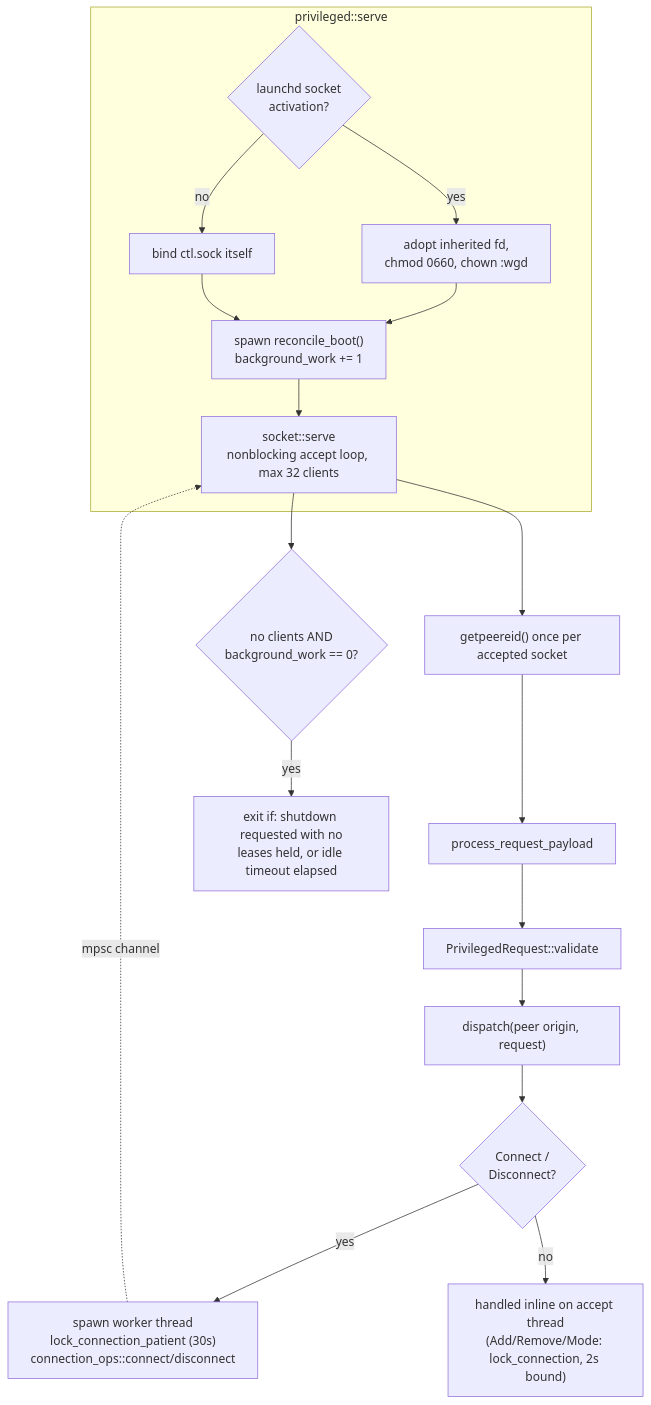
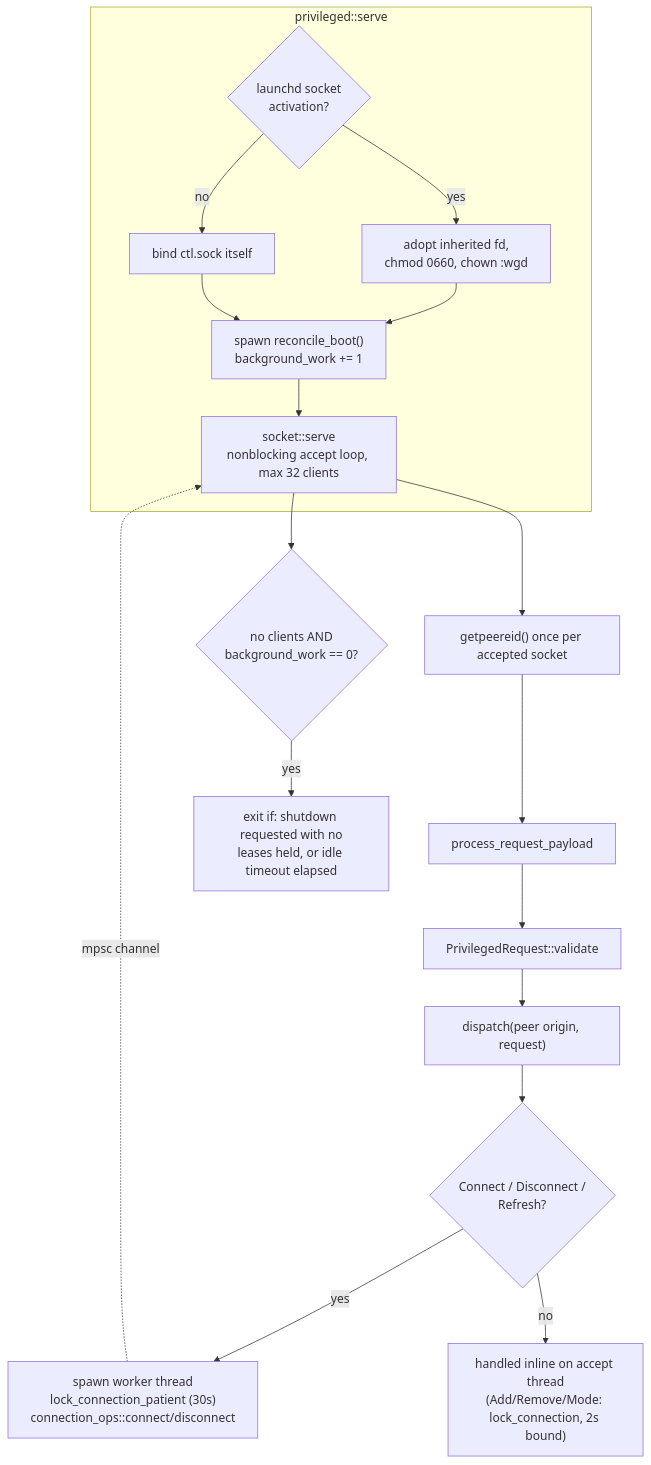
Before and after one commit to pansen/macos-wireguard-daemon: the seventh of 11 diagrams in doc/architecture.md, drawn with Mermaid. The commit also changed other lines of this file and 13 other files, not shown here.

````diff
--- a/doc/architecture.md
+++ b/doc/architecture.md
@@ -400,25 +428,25 @@
 ```mermaid
 flowchart TB
     subgraph serve["privileged::serve"]
         ACT{"launchd socket<br/>activation?"}
         ACT -->|yes| FD["adopt inherited fd,<br/>chmod 0660, chown :wgd"]
         ACT -->|no| BIND["bind ctl.sock itself"]
         FD --> SPAWN
         BIND --> SPAWN
         SPAWN["spawn reconcile_boot()<br/>background_work += 1"] --> LOOP
     end
 
     LOOP["socket::serve<br/>nonblocking accept loop, max 32 clients"]
     LOOP --> GPC["getpeereid() once per accepted socket"]
     GPC --> PRP["process_request_payload"]
     PRP --> VAL["PrivilegedRequest::validate"]
     VAL --> DISP["dispatch(peer origin, request)"]
 
-    DISP --> IMM{"Connect /<br/>Disconnect?"}
+    DISP --> IMM{"Connect / Disconnect /<br/>Refresh?"}
     IMM -->|yes| WORK["spawn worker thread<br/>lock_connection_patient (30s)<br/>connection_ops::connect/disconnect"]
     WORK -.->|"mpsc channel"| LOOP
     IMM -->|no| SYNC["handled inline on accept thread<br/>(Add/Remove/Mode: lock_connection, 2s bound)"]
 
     LOOP --> IDLE{"no clients AND<br/>background_work == 0?"}
     IDLE -->|yes| EXIT["exit if: shutdown requested with no<br/>leases held, or idle timeout elapsed"]
 ```
````
